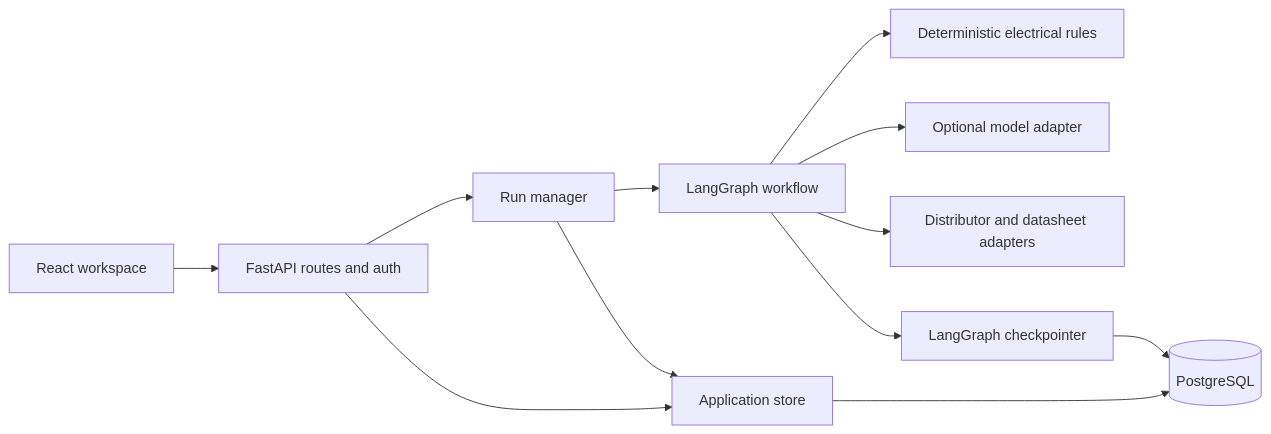
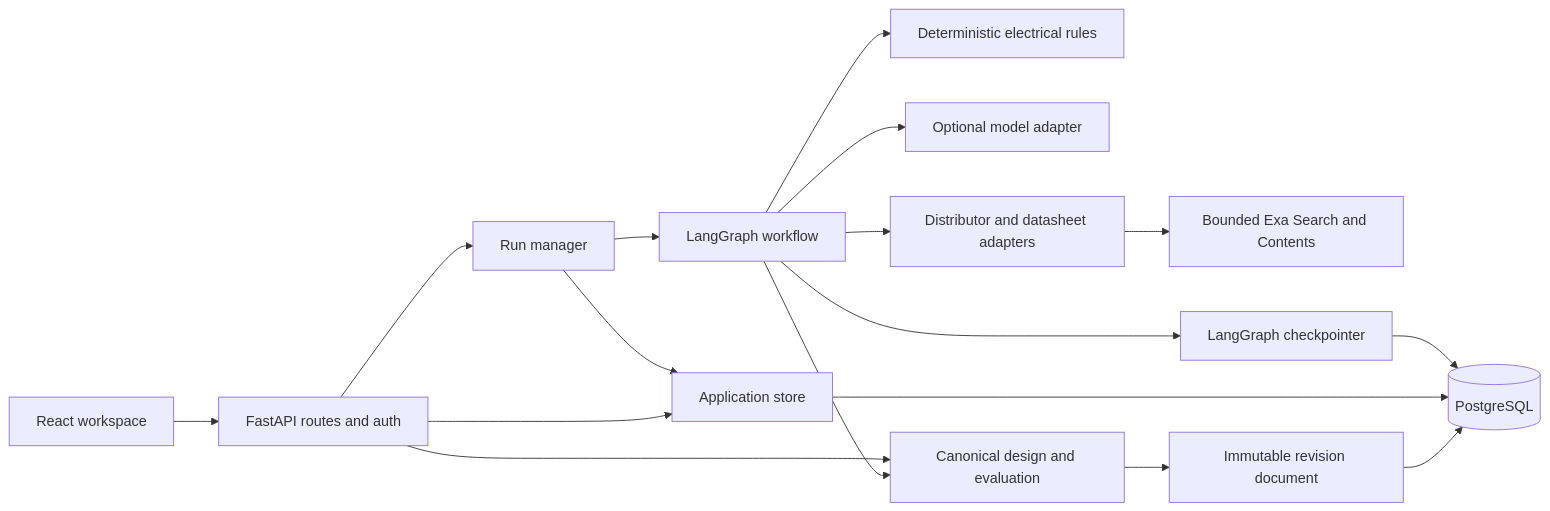
Before and after one commit to Armaan-king/Continuity-SC3040: the diagram in docs/ARCHITECTURE.md, drawn with Mermaid. The commit also changed other lines of this file and 60 other files, not shown here.

Commit message:
Add verified design revisions and bounded Exa research

````diff
--- a/docs/ARCHITECTURE.md
+++ b/docs/ARCHITECTURE.md
@@ -5,14 +5,19 @@
 ```mermaid
 flowchart LR
   UI[React workspace] --> HTTP[FastAPI routes and auth]
   HTTP --> Runs[Run manager]
   Runs --> Graph[LangGraph workflow]
   Graph --> Rules[Deterministic electrical rules]
   Graph --> AI[Optional model adapter]
   Graph --> Parts[Distributor and datasheet adapters]
+  Parts --> Research[Bounded Exa Search and Contents]
+  Graph --> Design[Canonical design and evaluation]
+  HTTP --> Design
+  Design --> Revision[Immutable revision document]
+  Revision --> PG
   HTTP --> Store[Application store]
   Runs --> Store
   Store --> PG[(PostgreSQL)]
   Graph --> CP[LangGraph checkpointer]
   CP --> PG
 ```
````
